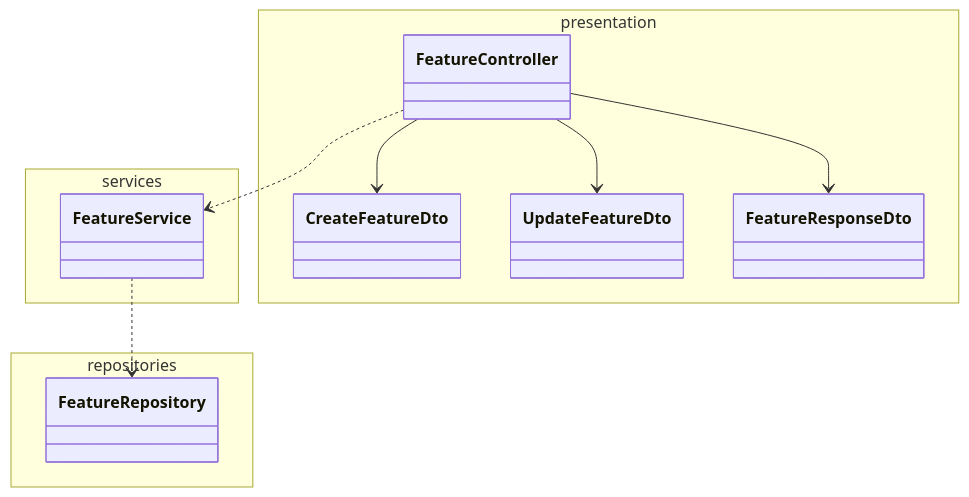
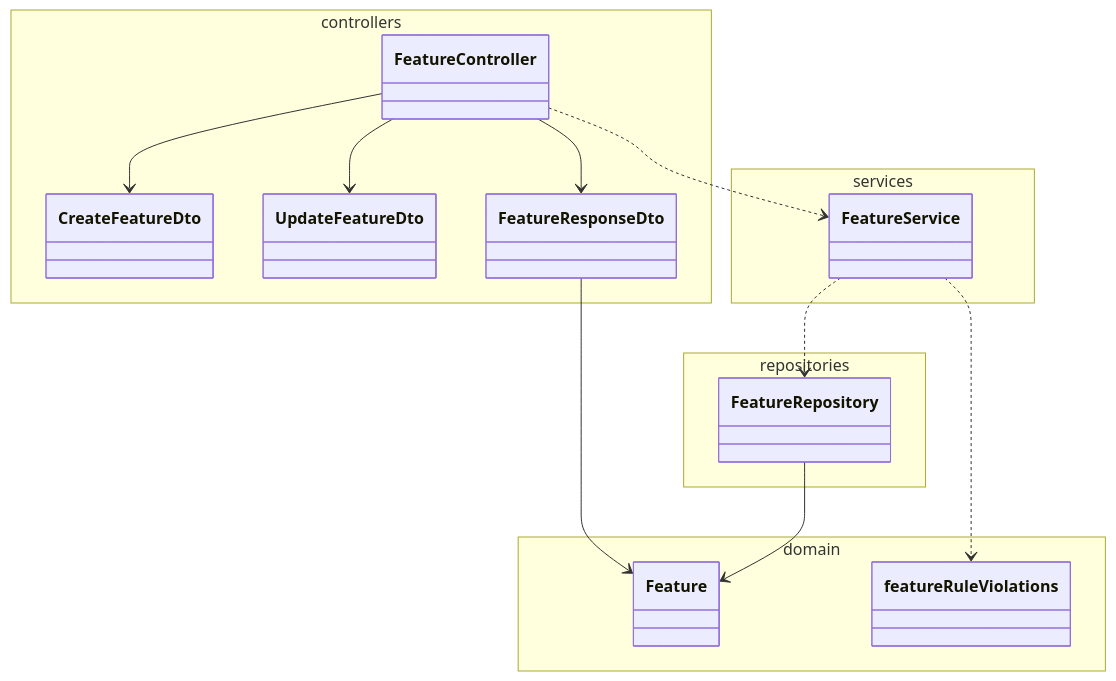
Before and after one commit to applifting-vsecourse/tym-3-hobbyhub: the diagram in apps/backend/README.md, drawn with Mermaid. The commit also changed other lines of this file and 2 other files, not shown here.

Commit message:
chore(backend): popis vrstev modulů a umístění validací

````diff
--- a/apps/backend/README.md
+++ b/apps/backend/README.md
@@ -22,24 +22,32 @@
 ```mermaid
 classDiagram
+
+  namespace domain {
+    class Feature
+    class featureRuleViolations
+  }
 
   namespace services {
     class FeatureService
   }
 
-  namespace presentation {
+  namespace controllers {
     class FeatureController
     class CreateFeatureDto
     class UpdateFeatureDto
     class FeatureResponseDto
   }
 
   namespace repositories {
     class FeatureRepository
   }
 
   FeatureController --> CreateFeatureDto
   FeatureController --> UpdateFeatureDto
   FeatureController --> FeatureResponseDto
   FeatureController ..> FeatureService
   FeatureService ..> FeatureRepository
+  FeatureService ..> featureRuleViolations
+  FeatureRepository --> Feature
+  FeatureResponseDto --> Feature
 ```
````
